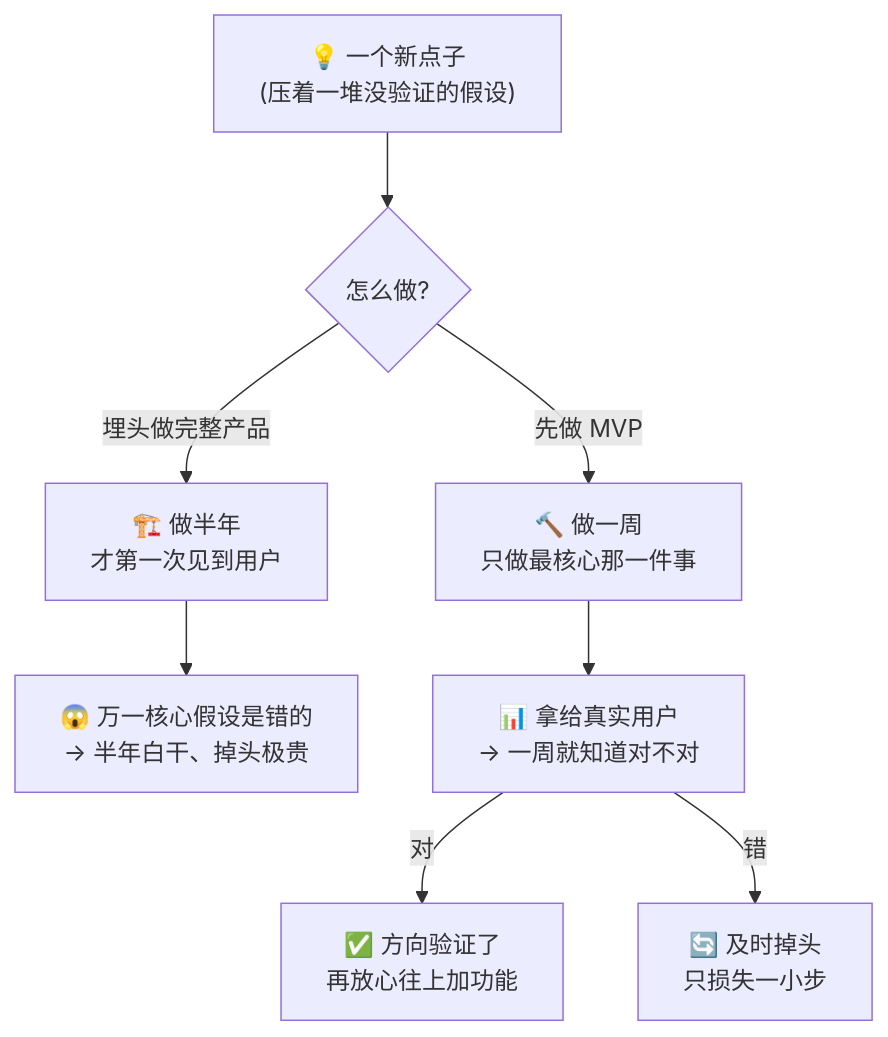
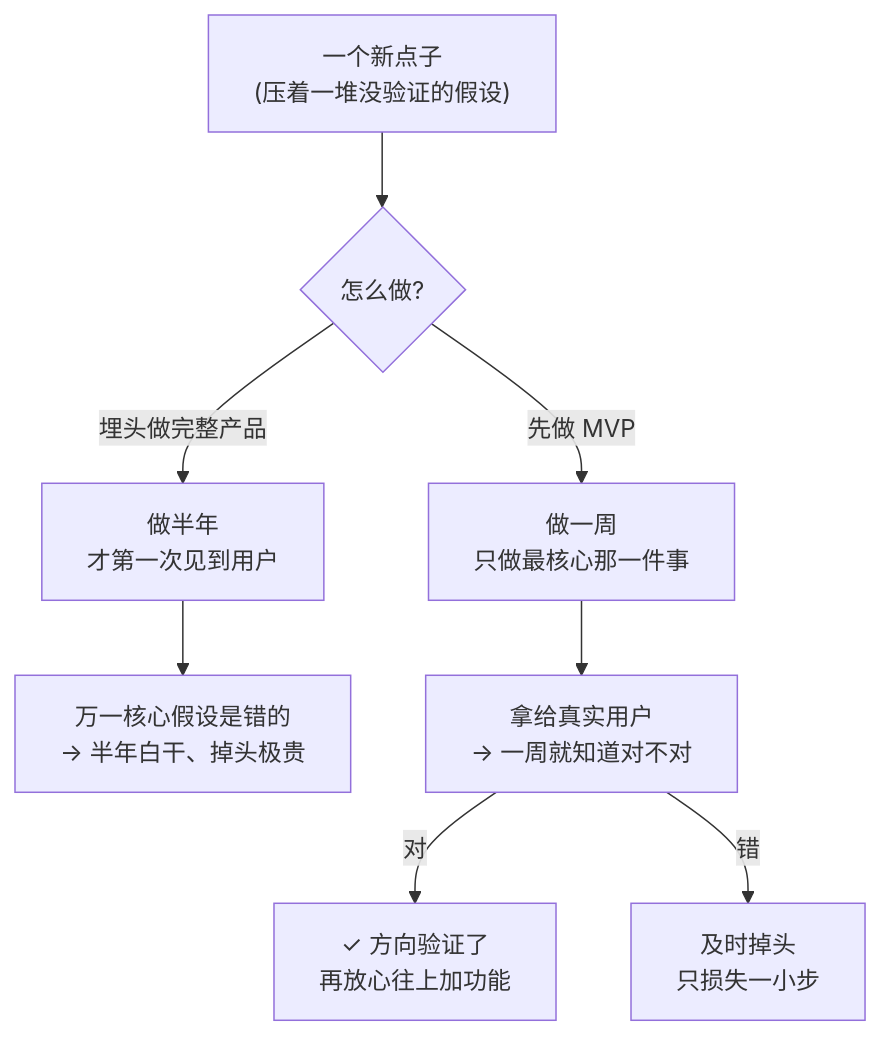
The first of 3 diagrams in docs/02_CONCEPTS_概念入门/CONCEPT/[CONCEPT-32] 什么是MVP-最小可行产品.md (luckykhy/KhyAiHub), drawn with Mermaid before and after one commit. The commit also changed other lines of this file and 19 other files, not shown here.

````diff
--- a/docs/02_CONCEPTS_概念入门/CONCEPT/[CONCEPT-32] 什么是MVP-最小可行产品.md
+++ b/docs/02_CONCEPTS_概念入门/CONCEPT/[CONCEPT-32] 什么是MVP-最小可行产品.md
@@ -41,10 +41,10 @@
 ```mermaid
 flowchart TB
-  IDEA["💡 一个新点子<br/>(压着一堆没验证的假设)"] --> CHOICE{"怎么做?"}
-  CHOICE -->|"埋头做完整产品"| BIG["🏗️ 做半年<br/>才第一次见到用户"]
-  BIG --> RISK["😱 万一核心假设是错的<br/>→ 半年白干、掉头极贵"]
-  CHOICE -->|"先做 MVP"| SMALL["🔨 做一周<br/>只做最核心那一件事"]
-  SMALL --> LEARN["📊 拿给真实用户<br/>→ 一周就知道对不对"]
-  LEARN -->|"对"| GROW["✅ 方向验证了<br/>再放心往上加功能"]
-  LEARN -->|"错"| PIVOT["🔄 及时掉头<br/>只损失一小步"]
+  IDEA["一个新点子<br/>(压着一堆没验证的假设)"] --> CHOICE{"怎么做?"}
+  CHOICE -->|"埋头做完整产品"| BIG["做半年<br/>才第一次见到用户"]
+  BIG --> RISK["万一核心假设是错的<br/>→ 半年白干、掉头极贵"]
+  CHOICE -->|"先做 MVP"| SMALL["做一周<br/>只做最核心那一件事"]
+  SMALL --> LEARN["拿给真实用户<br/>→ 一周就知道对不对"]
+  LEARN -->|"对"| GROW["✓ 方向验证了<br/>再放心往上加功能"]
+  LEARN -->|"错"| PIVOT["及时掉头<br/>只损失一小步"]
 ```
````
